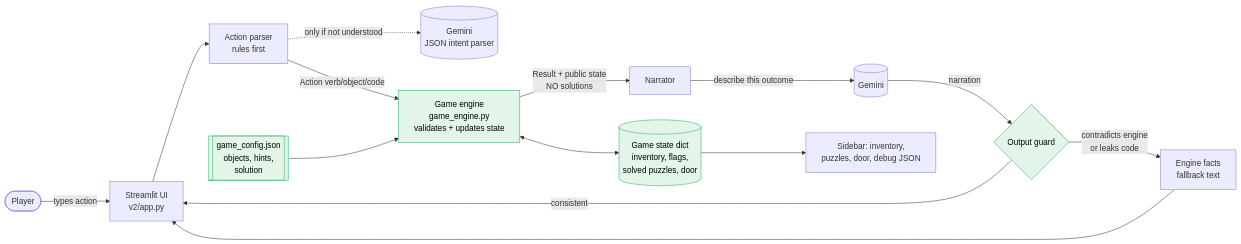
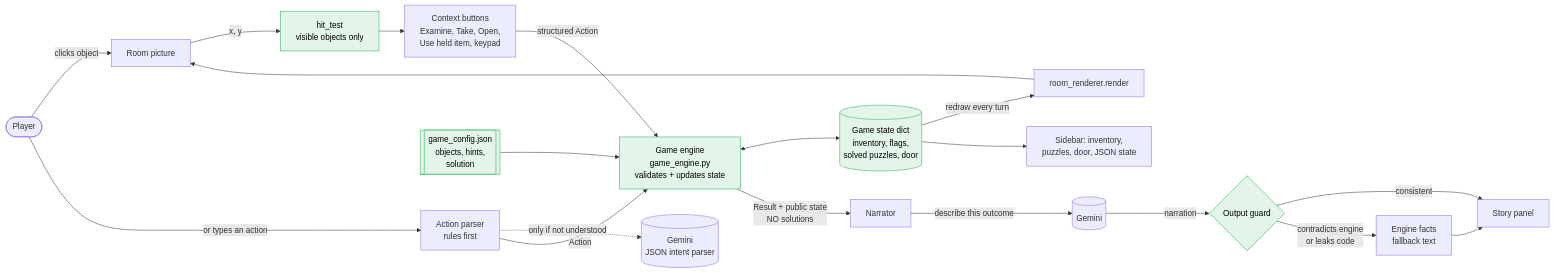
One commit to raj-s17/ai-escape-room changed the diagram in docs/architecture/v2_architecture.mmd. Above: the diagram before and after it, drawn with Mermaid. The commit also changed 28 other files, not shown here.

```diff
--- a/docs/architecture/v2_architecture.mmd
+++ b/docs/architecture/v2_architecture.mmd
@@ -1,15 +1,19 @@
 flowchart LR
-    P([Player]) -->|types action| UI[Streamlit UI<br/>v2/app.py]
-    UI --> PR[Action parser<br/>rules first]
+    P([Player]) -->|clicks object| IMG[Room picture]
+    IMG -->|x, y| HT[hit_test<br/>visible objects only]
+    HT --> BTN[Context buttons<br/>Examine, Take, Open,<br/>Use held item, keypad]
+    BTN -->|structured Action| EN
+    P -->|or types an action| PR[Action parser<br/>rules first]
     PR -.->|only if not understood| LP[(Gemini<br/>JSON intent parser)]
-    PR -->|Action verb/object/code| EN[Game engine<br/>game_engine.py<br/>validates + updates state]
+    PR -->|Action| EN[Game engine<br/>game_engine.py<br/>validates + updates state]
     CFG[[game_config.json<br/>objects, hints,<br/>solution]] --> EN
     EN <--> ST[(Game state dict<br/>inventory, flags,<br/>solved puzzles, door)]
     EN -->|Result + public state<br/>NO solutions| NA[Narrator]
     NA -->|describe this outcome| LLM[(Gemini)]
     LLM -->|narration| GD{Output guard}
-    GD -->|consistent| UI
-    GD -->|contradicts engine<br/>or leaks code| FB[Engine facts<br/>fallback text] --> UI
-    ST --> SB[Sidebar: inventory,<br/>puzzles, door, debug JSON]
+    GD -->|consistent| SP[Story panel]
+    GD -->|contradicts engine<br/>or leaks code| FB[Engine facts<br/>fallback text] --> SP
+    ST -->|redraw every turn| RR[room_renderer.render] --> IMG
+    ST --> SB[Sidebar: inventory,<br/>puzzles, door, JSON state]
     classDef trusted fill:#e3f4e8,stroke:#27ae60,color:#000;
-    class EN,ST,CFG,GD trusted
+    class EN,ST,CFG,GD,HT trusted
```
